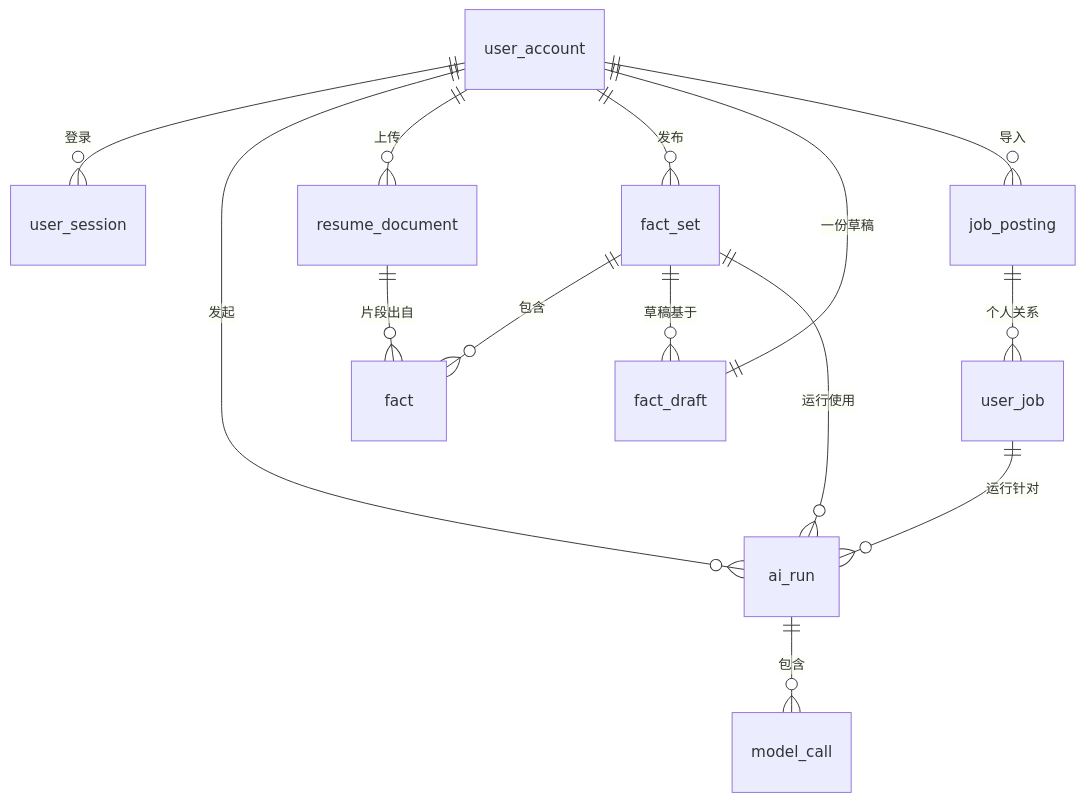
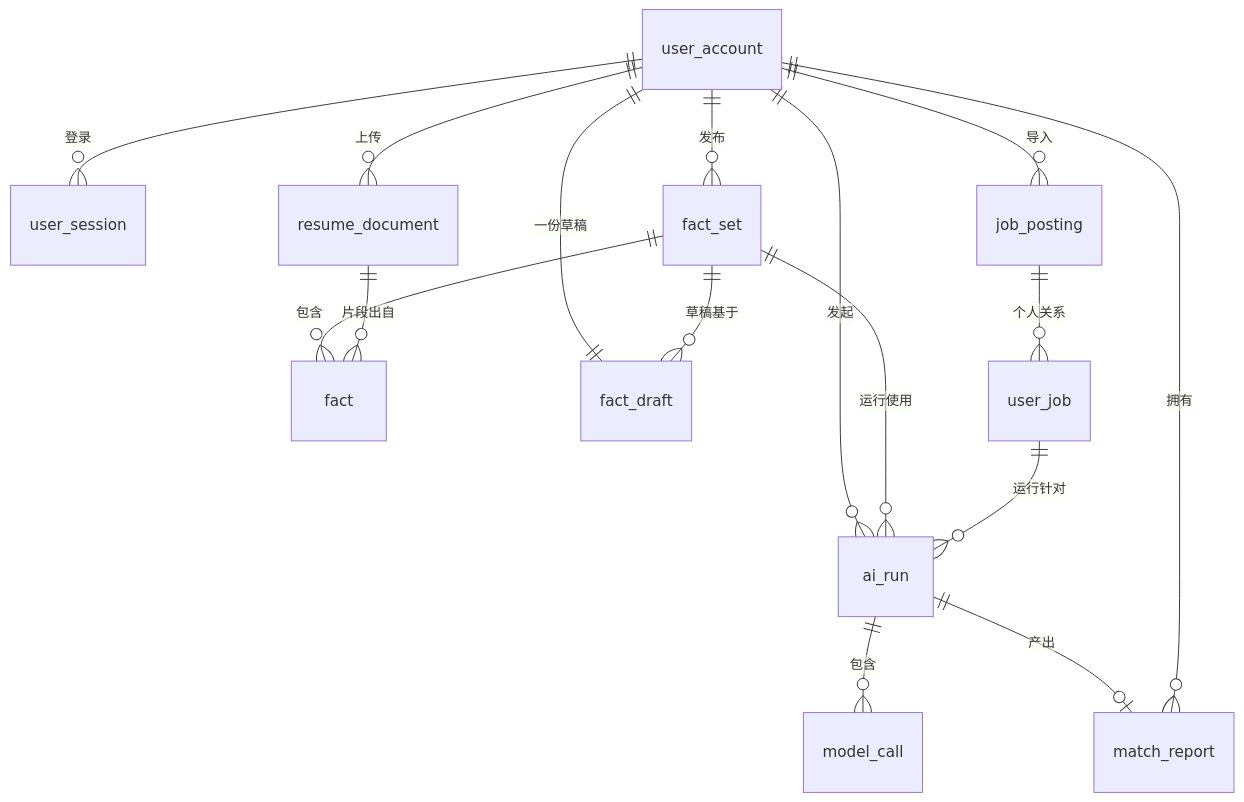
Before and after one commit to Galilieo/jobpilot: the diagram in notes/求职助手Agent/数据库设计.md, drawn with Mermaid. The commit also changed other lines of this file and 17 other files, not shown here.

````diff
--- a/notes/求职助手Agent/数据库设计.md
+++ b/notes/求职助手Agent/数据库设计.md
@@ -18,16 +18,18 @@
 ```mermaid
 erDiagram
     user_account ||--o{ user_session : "登录"
     user_account ||--o{ ai_run : "发起"
     ai_run ||--o{ model_call : "包含"
+    ai_run ||--o| match_report : "产出"
+    user_account ||--o{ match_report : "拥有"
     user_account ||--o{ resume_document : "上传"
     user_account ||--o{ fact_set : "发布"
     fact_set ||--o{ fact : "包含"
     resume_document ||--o{ fact : "片段出自"
     user_account ||--|| fact_draft : "一份草稿"
     fact_set ||--o{ fact_draft : "草稿基于"
     fact_set ||--o{ ai_run : "运行使用"
     user_account ||--o{ job_posting : "导入"
     job_posting ||--o{ user_job : "个人关系"
     user_job ||--o{ ai_run : "运行针对"
 ```
````
